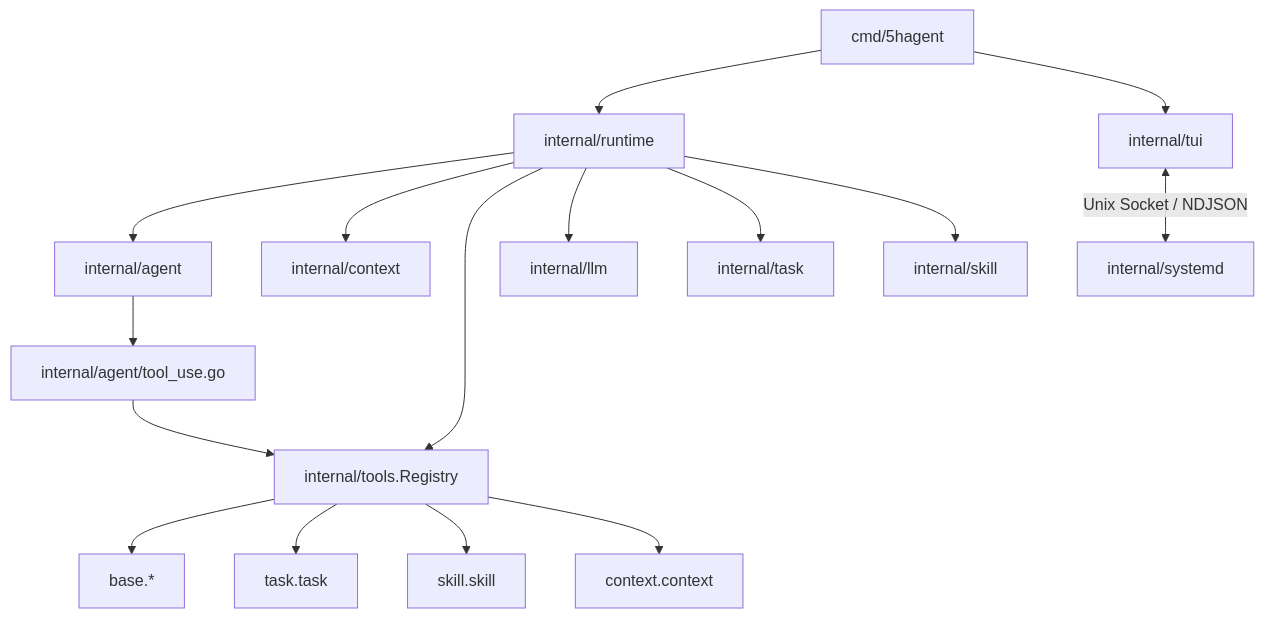
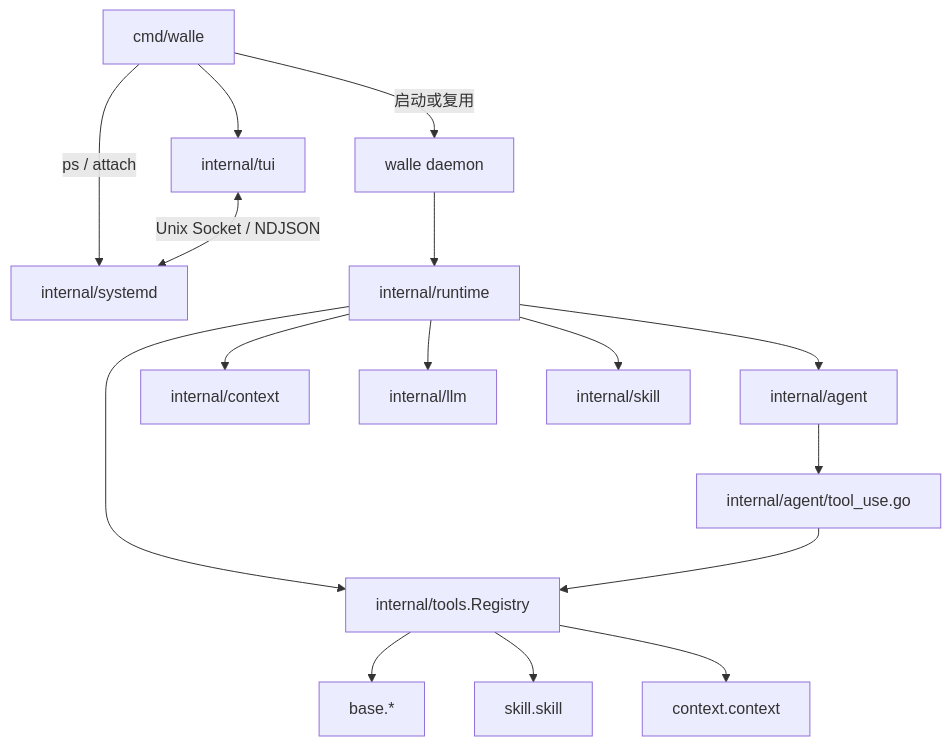
One commit to Ozqi/5hAgent changed the diagram in doc/0README.md. Above: the diagram before and after it, drawn with Mermaid. The commit also changed other lines of this file and 186 other files, not shown here.

````diff
--- a/doc/0README.md
+++ b/doc/0README.md
@@ -19,18 +24,18 @@
 ```mermaid
 flowchart TB
-  main[cmd/5hagent] --> rt[internal/runtime]
+  main[cmd/walle] -->|启动或复用| daemon[walle daemon]
+  main -->|ps / attach| systemd[internal/systemd]
+  main --> tui[internal/tui]
+  tui <-->|Unix Socket / NDJSON| systemd
+  daemon --> rt[internal/runtime]
   rt --> ag[internal/agent]
   rt --> ctx[internal/context]
   rt --> reg[internal/tools.Registry]
   rt --> llm[internal/llm]
-  rt --> task[internal/task]
   rt --> skill[internal/skill]
-  main --> tui[internal/tui]
-  tui <-->|Unix Socket / NDJSON| systemd[internal/systemd]
   ag --> tooluse[internal/agent/tool_use.go]
   tooluse --> reg
   reg --> base[base.*]
-  reg --> tasktool[task.task]
   reg --> skilltool[skill.skill]
   reg --> ctxtool[context.context]
 ```
````
